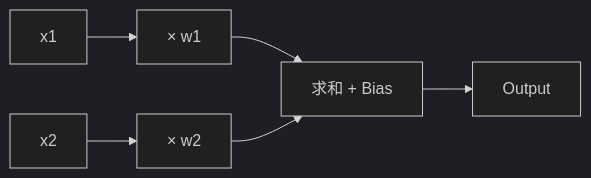
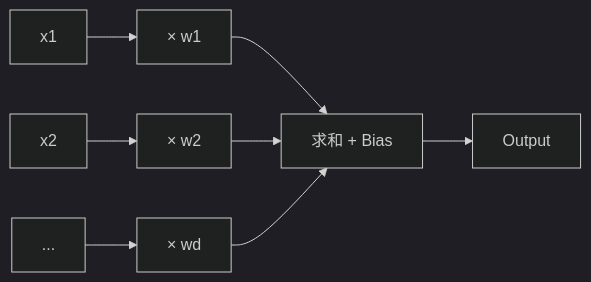
The third of 9 diagrams in 1. LLM基础/4. 神经网络——从神经元到 MLP.md (AI-learning-simple/Build-Your-Own-LLM), drawn with Mermaid (dark theme) before and after one commit. The commit also changed other lines of this file and 60 other files, not shown here.

````diff
--- a/1. LLM基础/4. 神经网络——从神经元到 MLP.md
+++ b/1. LLM基础/4. 神经网络——从神经元到 MLP.md
@@ -79,6 +64,7 @@
 ```mermaid
 flowchart LR
-    x1 --> m1["× w1"] --> S["求和 + Bias"]
-    x2 --> m2["× w2"] --> S
+    x1 --> m1[× w1] --> S[求和 + Bias]
+    x2 --> m2[× w2] --> S
+    xd[...] --> md[× wd] --> S
     S --> O[Output]
 ```
````
